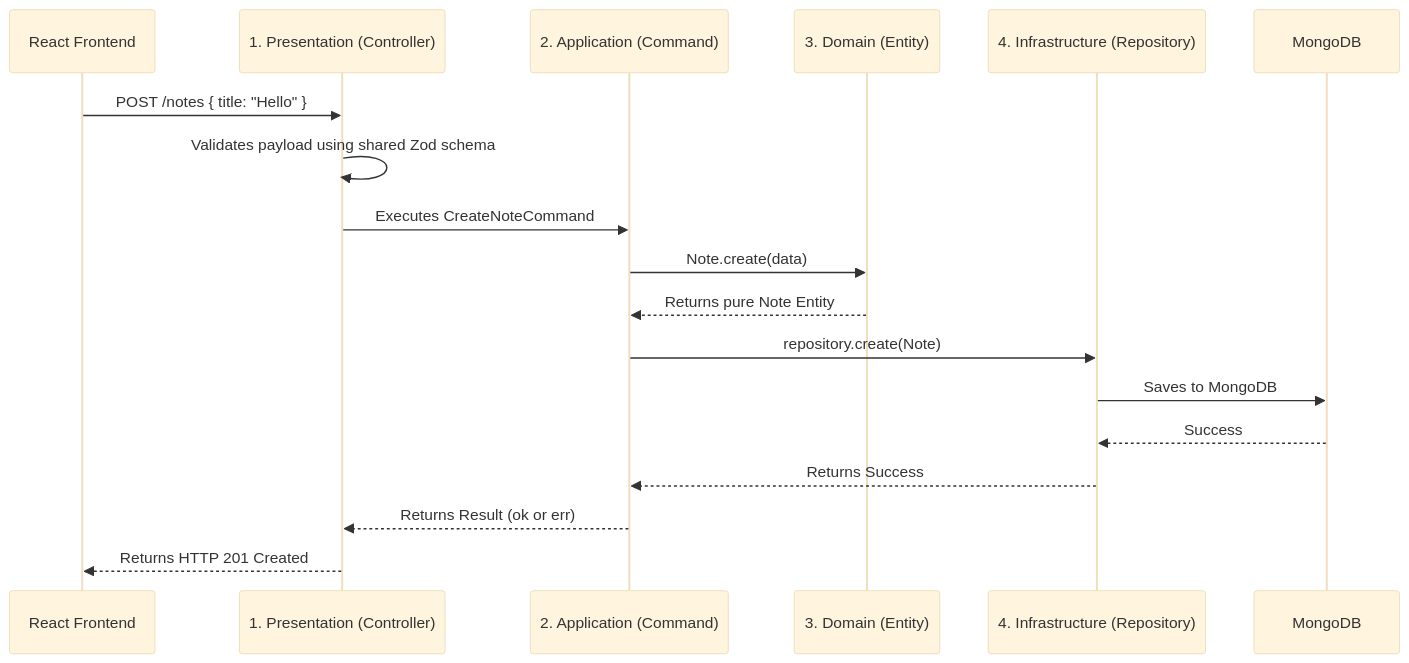
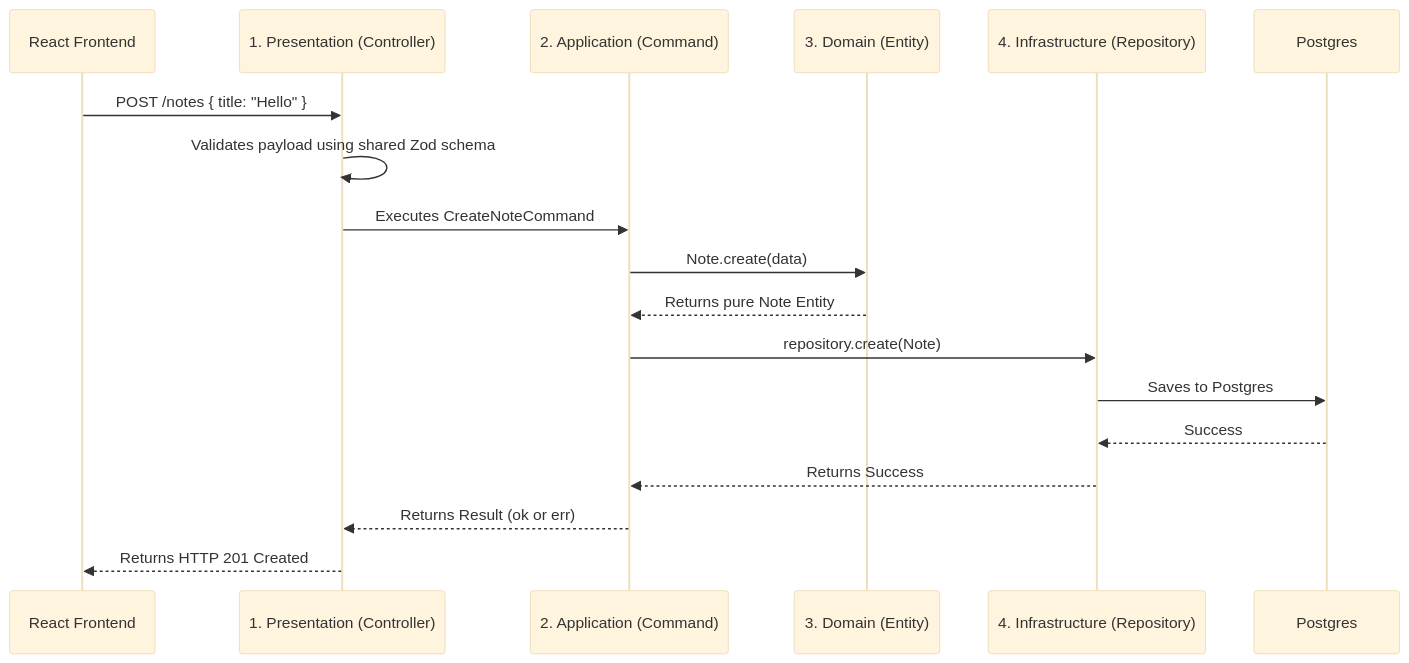
The third of 3 diagrams in ARCHITECTURE.md (ihssmaheel-dev/modular-monolith-architecture), drawn with Mermaid (base theme) before and after one commit. The commit also changed other lines of this file and 107 other files, not shown here.

First line of the commit message:
feat(api)!: migrate database from MongoDB/Mongoose to Postgres/Drizzle

````diff
--- a/ARCHITECTURE.md
+++ b/ARCHITECTURE.md
@@ -127,21 +127,21 @@
 ```mermaid
 sequenceDiagram
     participant User as React Frontend
     participant C as 1. Presentation (Controller)
     participant A as 2. Application (Command)
     participant D as 3. Domain (Entity)
     participant I as 4. Infrastructure (Repository)
-    participant DB as MongoDB
+    participant DB as Postgres
 
     User->>C: POST /notes { title: "Hello" }
     C->>C: Validates payload using shared Zod schema
     C->>A: Executes CreateNoteCommand
     A->>D: Note.create(data)
     D-->>A: Returns pure Note Entity
     A->>I: repository.create(Note)
-    I->>DB: Saves to MongoDB
+    I->>DB: Saves to Postgres
     DB-->>I: Success
     I-->>A: Returns Success
     A-->>C: Returns Result (ok or err)
     C-->>User: Returns HTTP 201 Created
 ```
````
